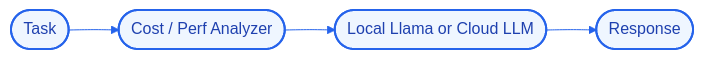
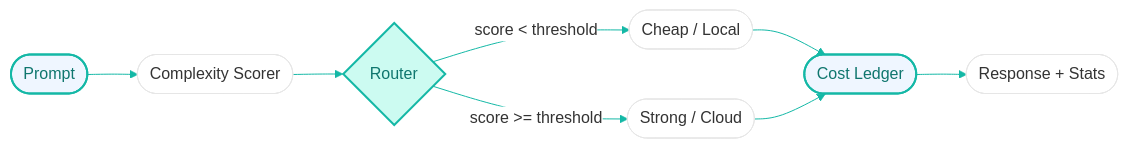
Before and after one commit to Kimosabey/route-master: the diagram in README.md, drawn with Mermaid. The commit also changed other lines of this file and 22 other files, not shown here.

Commit message:
feat: implement cost-optimized model router (complexity scoring, tiered routing, cross-tier fallback, cost ledger, HTTP API) with tests, docker, and docs

````diff
--- a/README.md
+++ b/README.md
@@ -32,15 +71,14 @@
 ```mermaid
-%%{init: {'theme':'base','themeVariables':{'primaryColor':'#ffffff','lineColor':'#2563eb','mainBkg':'#ffffff'}}}%%
+%%{init: {'theme':'base','themeVariables':{'primaryColor':'#ffffff','lineColor':'#14B8A6','mainBkg':'#ffffff'}}}%%
 graph LR
-    A([Task])
-    B([Cost / Perf Analyzer])
-    C([Local Llama or Cloud LLM])
-    D([Response])
-    A --> B
-    B --> C
-    C --> D
-    style A fill:#eff6ff,stroke:#2563eb,stroke-width:2px,color:#1e40af
-    style B fill:#eff6ff,stroke:#2563eb,stroke-width:2px,color:#1e40af
-    style C fill:#eff6ff,stroke:#2563eb,stroke-width:2px,color:#1e40af
-    style D fill:#eff6ff,stroke:#2563eb,stroke-width:2px,color:#1e40af
+    A([Prompt]) --> B([Complexity Scorer])
+    B --> C{Router}
+    C -->|score < threshold| D([Cheap / Local])
+    C -->|score >= threshold| E([Strong / Cloud])
+    D --> F([Cost Ledger])
+    E --> F
+    F --> G([Response + Stats])
+    style A fill:#eff6ff,stroke:#14B8A6,stroke-width:2px,color:#0f766e
+    style C fill:#ccfbf1,stroke:#14B8A6,stroke-width:2px,color:#0f766e
+    style F fill:#eff6ff,stroke:#14B8A6,stroke-width:2px,color:#0f766e
 ```
````
